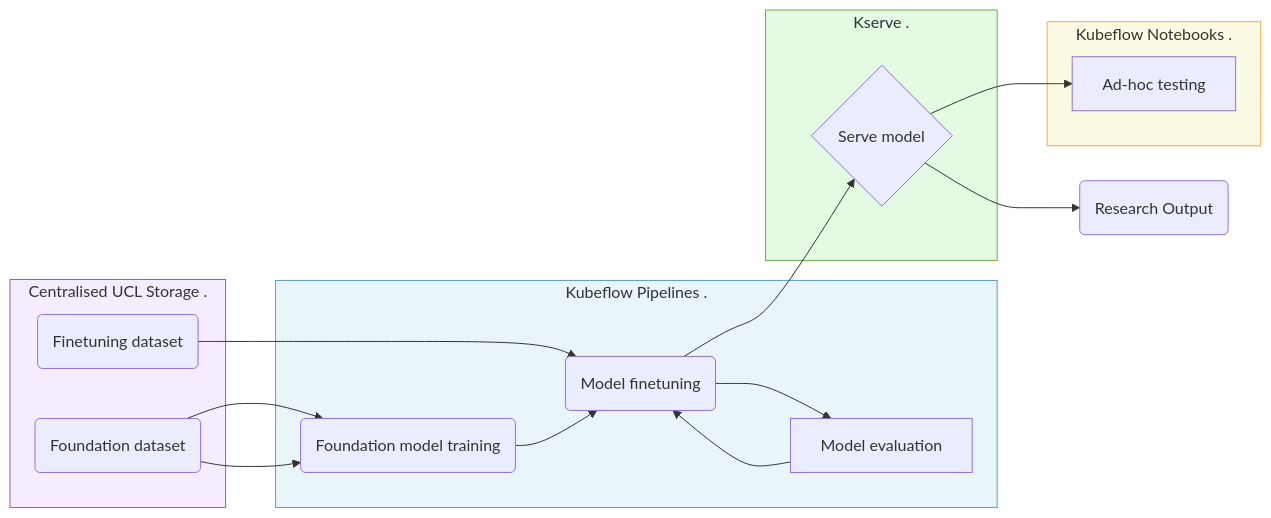
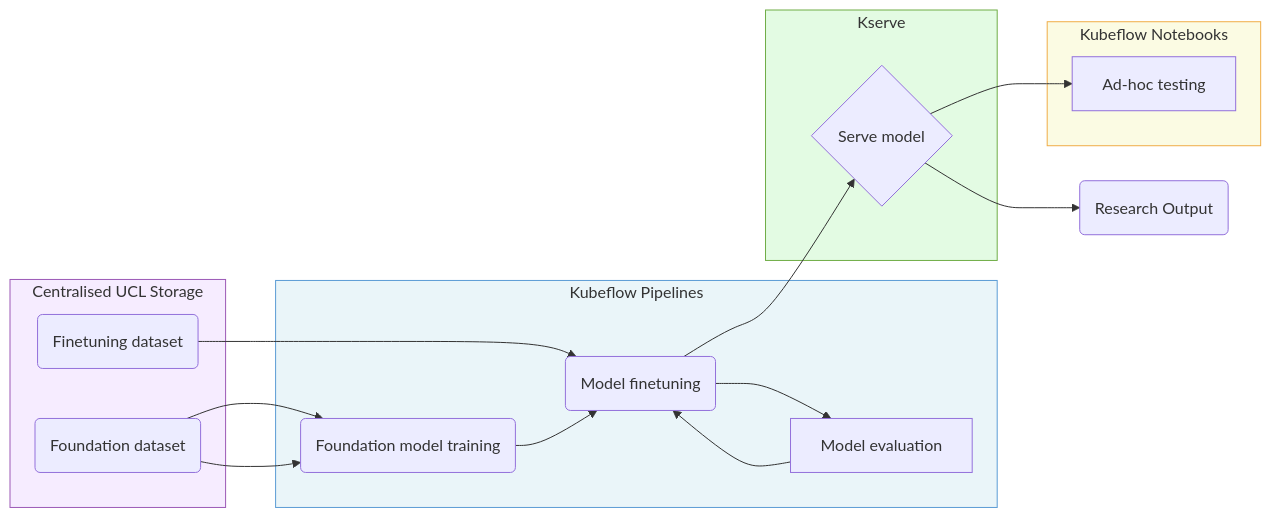
Before and after one commit to AndEsterson/talks: the third of 3 diagrams in hpc-ai/_content.qmd, drawn with Mermaid. The commit also changed 1 other file, not shown here.

Commit message:
fix hpc-ai talk theming

````diff
--- a/hpc-ai/_content.qmd
+++ b/hpc-ai/_content.qmd
@@ -92,35 +92,35 @@
 ```{mermaid}
 flowchart LR
-  subgraph S4 [Centralised UCL Storage  .]
+  subgraph S4 [Centralised UCL Storage]
     A(Foundation dataset)
     H(Finetuning dataset)
   end
 
   A --> B(Foundation model training)
   H --> C(Model finetuning)
 
-  subgraph S1 [Kubeflow Pipelines  .]
+  subgraph S1 [Kubeflow Pipelines]
     B --> C
     C --> G[Model evaluation]
     G --> C
   end
 
-  subgraph S2 [Kserve  .]
+  subgraph S2 [Kserve]
     D{Serve model}
   end
 
 
-  subgraph S3 [Kubeflow Notebooks  .]
+  subgraph S3 [Kubeflow Notebooks]
     F[Ad-hoc testing]
   end
 
   A --> B
   C --> D
   D --> E(Research Output)
   D --> F
 
   style S1 fill:#add8e6,fill-opacity:0.25,stroke:#5b9bd5,stroke-width:1px
   style S2 fill:#90ee90,fill-opacity:0.25,stroke:#70ad47,stroke-width:1px
   style S3 fill:#f0ee90,fill-opacity:0.25,stroke:#f0ad47,stroke-width:1px
   style S4 fill:#d9b3ff,fill-opacity:0.25,stroke:#9b59b6,stroke-width:1px
 ```
````
